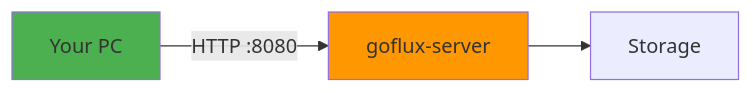
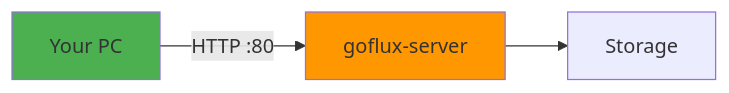
Before and after one commit to 0xRepo-Source/goflux: the fifth of 6 diagrams in docs/architecture.md, drawn with Mermaid. The commit also changed other lines of this file and 1 other file, not shown here.

First line of the commit message:
Update documentation to use HTTP port 80

````diff
--- a/docs/architecture.md
+++ b/docs/architecture.md
@@ -141,8 +141,8 @@
 ```mermaid
 graph LR
-    A[Your PC] -->|HTTP :8080| B[goflux-server]
+    A[Your PC] -->|HTTP :80| B[goflux-server]
     B --> C[Storage]
     
     style A fill:#4CAF50
     style B fill:#FF9800
 ```
````
